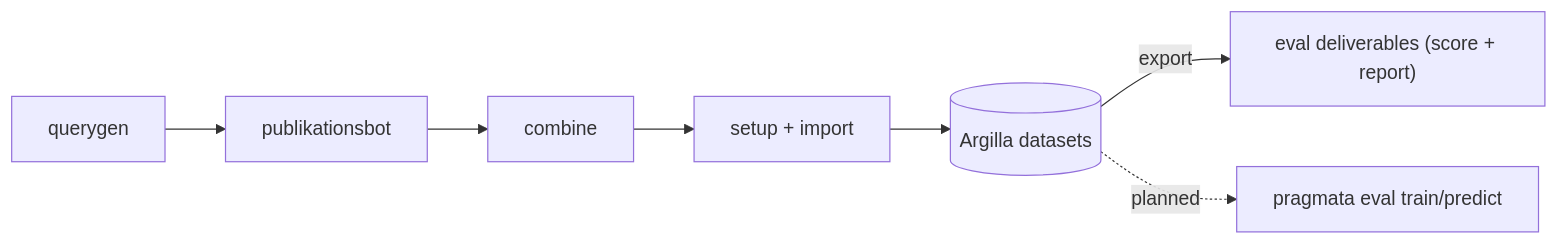
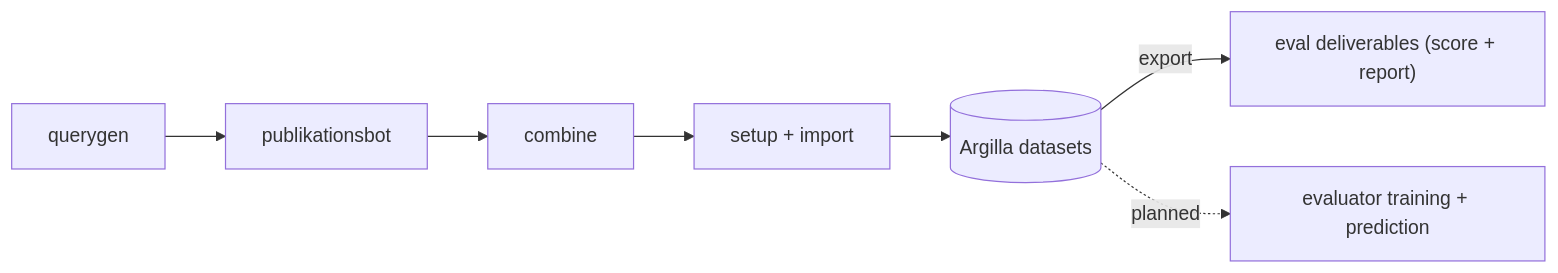
One commit to hertie-data-science-lab/pragmata-workspace changed the diagram in README.md. Above: the diagram before and after it, drawn with Mermaid. The commit also changed other lines of this file and 3 other files, not shown here.

````diff
--- a/README.md
+++ b/README.md
@@ -9,6 +9,6 @@
 ```mermaid
 flowchart LR
   qg[querygen] --> bot[publikationsbot] --> comb[combine] --> imp["setup + import"] --> arg[(Argilla datasets)]
   arg -->|export| ev["eval deliverables (score + report)"]
-  arg -. planned .-> tr["pragmata eval train/predict"]
+  arg -. planned .-> tr["evaluator training + prediction"]
 ```
````
